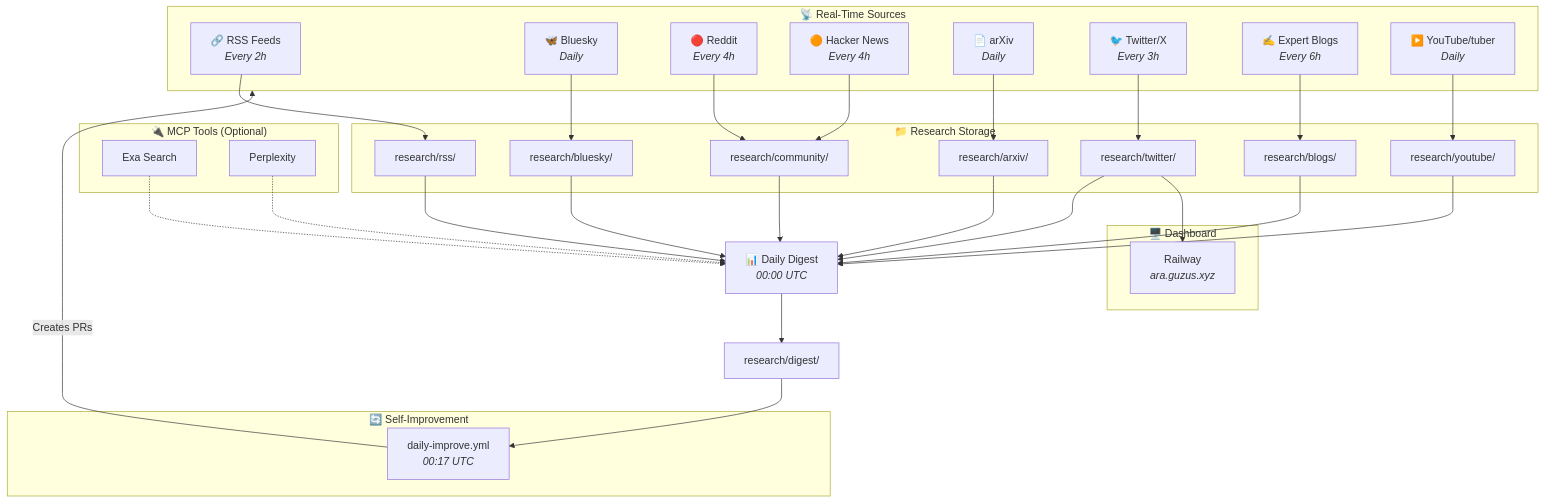
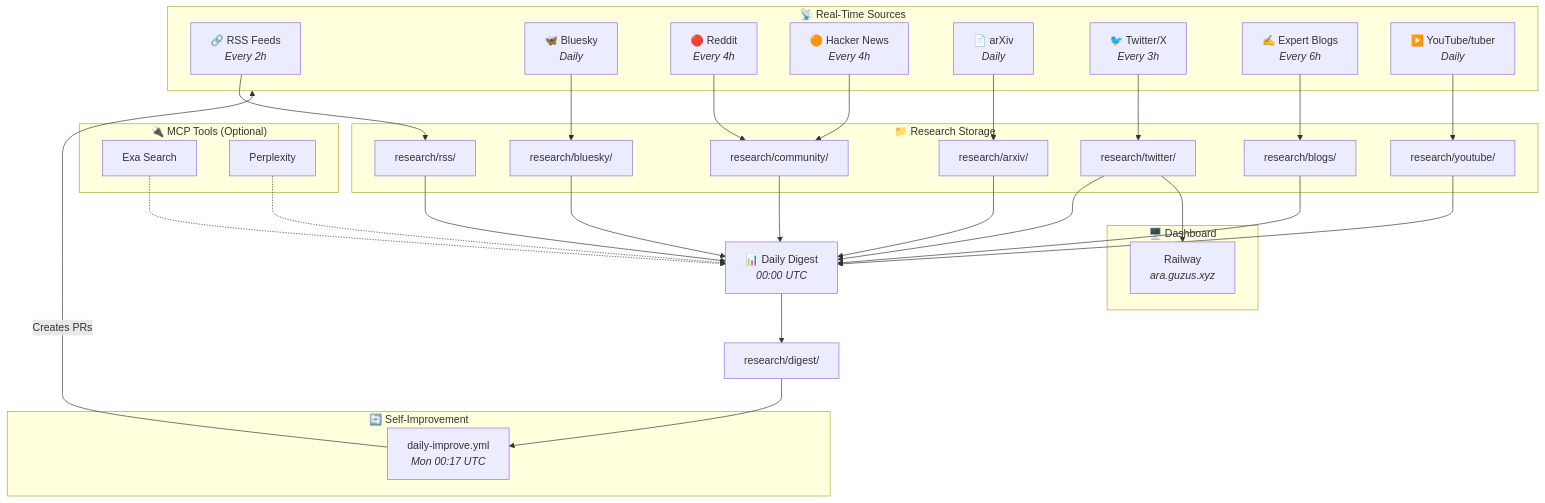
Before and after one commit to guzus/ai-research-arm: the first of 2 diagrams in README.md, drawn with Mermaid. The commit also changed other lines of this file and 2 other files, not shown here.

````diff
--- a/README.md
+++ b/README.md
@@ -44,64 +44,64 @@
 ```mermaid
 flowchart TB
     subgraph sources["📡 Real-Time Sources"]
         RSS["🔗 RSS Feeds<br/><i>Every 2h</i>"]
         Bluesky["🦋 Bluesky<br/><i>Daily</i>"]
         Reddit["🔴 Reddit<br/><i>Every 4h</i>"]
         HN["🟠 Hacker News<br/><i>Every 4h</i>"]
         arXiv["📄 arXiv<br/><i>Daily</i>"]
         Twitter["🐦 Twitter/X<br/><i>Every 3h</i>"]
         Blogs["✍️ Expert Blogs<br/><i>Every 6h</i>"]
         YouTube["▶️ YouTube/tuber<br/><i>Daily</i>"]
     end
 
     subgraph mcp["🔌 MCP Tools (Optional)"]
         Exa["Exa Search"]
         Perplexity["Perplexity"]
     end
 
     subgraph storage["📁 Research Storage"]
         rss_out["research/rss/"]
         bluesky_out["research/bluesky/"]
         community_out["research/community/"]
         arxiv_out["research/arxiv/"]
         twitter_out["research/twitter/"]
         blogs_out["research/blogs/"]
         youtube_out["research/youtube/"]
     end
 
     RSS --> rss_out
     Bluesky --> bluesky_out
     Reddit --> community_out
     HN --> community_out
     arXiv --> arxiv_out
     Twitter --> twitter_out
     Blogs --> blogs_out
     YouTube --> youtube_out
 
     rss_out --> Digest
     bluesky_out --> Digest
     community_out --> Digest
     arxiv_out --> Digest
     twitter_out --> Digest
     blogs_out --> Digest
     youtube_out --> Digest
 
     Exa -.-> Digest
     Perplexity -.-> Digest
 
     Digest["📊 Daily Digest<br/><i>00:00 UTC</i>"]
     Digest --> digest_out["research/digest/"]
 
     subgraph improve["🔄 Self-Improvement"]
-        Improve["daily-improve.yml<br/><i>00:17 UTC</i>"]
+        Improve["daily-improve.yml<br/><i>Mon 00:17 UTC</i>"]
     end
 
     digest_out --> Improve
     Improve -->|"Creates PRs"| sources
 
     subgraph dashboard["🖥️ Dashboard"]
         Railway["Railway<br/><i>ara.guzus.xyz</i>"]
     end
 
     twitter_out --> Railway
 ```
````
